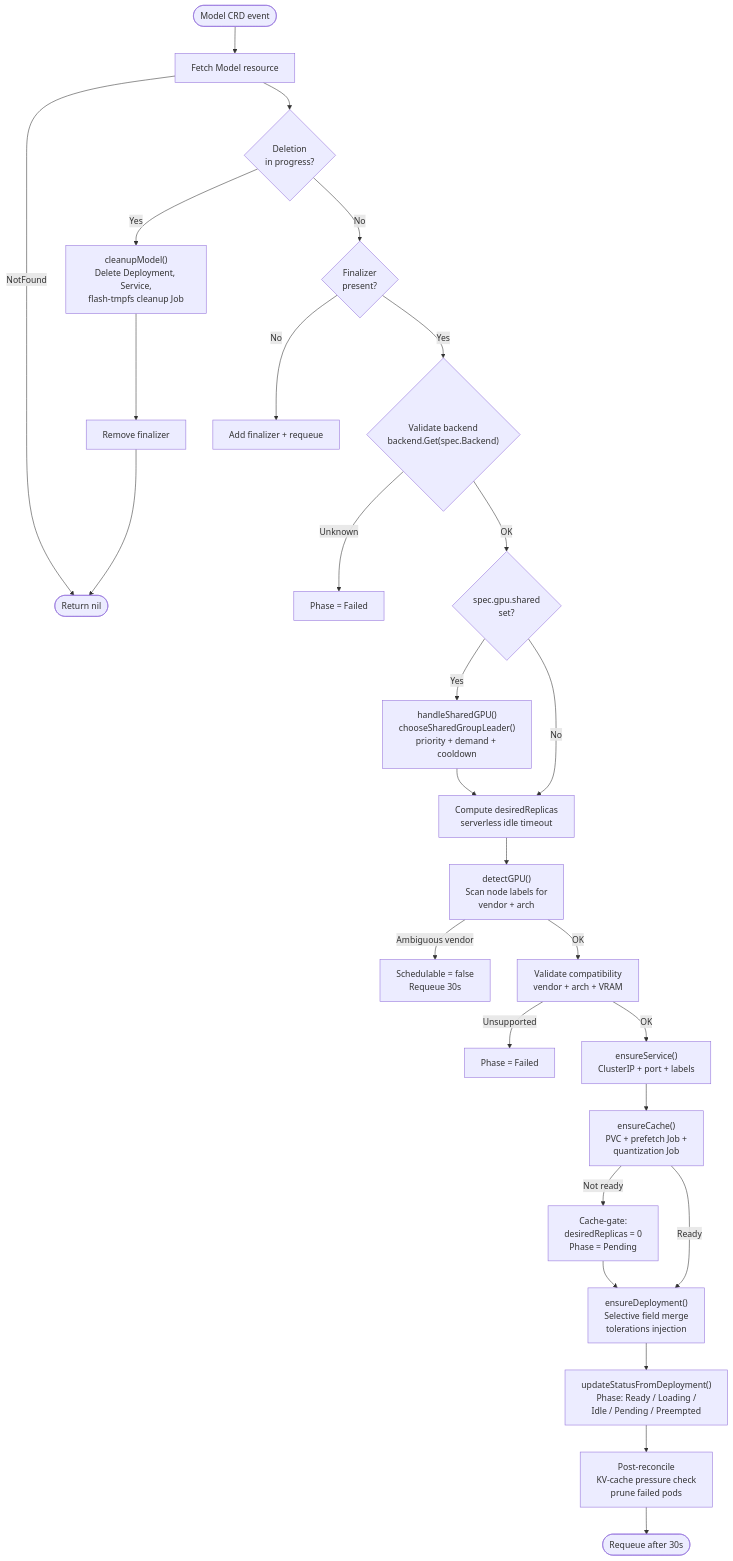
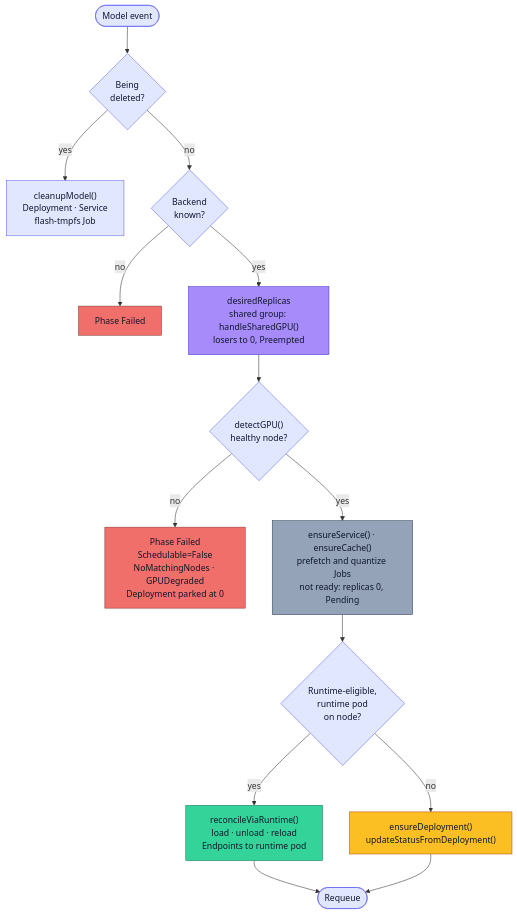
Before and after one commit to flexinfer/flexinfer: the second of 7 diagrams in docs/dev/architecture.md, drawn with Mermaid. The commit also changed other lines of this file and 7 other files, not shown here.

````diff
--- a/docs/dev/architecture.md
+++ b/docs/dev/architecture.md
@@ -111,36 +143,23 @@
 ```mermaid
 flowchart TD
-    Start([Model CRD event]) --> Fetch[Fetch Model resource]
-    Fetch -->|NotFound| Done([Return nil])
-    Fetch --> Finalizer{Deletion<br/>in progress?}
+    start(["Model event"]):::step --> del{"Being<br/>deleted?"}:::step
+    del -->|yes| cleanup["cleanupModel()<br/>Deployment · Service<br/>flash-tmpfs Job"]:::step
+    del -->|no| known{"Backend<br/>known?"}:::step
+    known -->|no| failed1["Phase Failed"]:::fail
+    known -->|yes| elect["desiredReplicas<br/>shared group: handleSharedGPU()<br/>losers to 0, Preempted"]:::control
+    elect --> detect{"detectGPU()<br/>healthy node?"}:::step
+    detect -->|no| parked["Phase Failed<br/>Schedulable=False<br/>NoMatchingNodes · GPUDegraded<br/>Deployment parked at 0"]:::fail
+    detect -->|yes| cache["ensureService() · ensureCache()<br/>prefetch and quantize Jobs<br/>not ready: replicas 0, Pending"]:::store
+    cache --> path{"Runtime-eligible,<br/>runtime pod<br/>on node?"}:::step
+    path -->|yes| viaRuntime["reconcileViaRuntime()<br/>load · unload · reload<br/>Endpoints to runtime pod"]:::runtime
+    path -->|no| deploy["ensureDeployment()<br/>updateStatusFromDeployment()"]:::dedicated
+    viaRuntime --> requeue(["Requeue"]):::step
+    deploy --> requeue
 
-    Finalizer -->|Yes| Cleanup["cleanupModel()<br/>Delete Deployment, Service,<br/>flash-tmpfs cleanup Job"]
-    Cleanup --> RemoveFin[Remove finalizer] --> Done
-
-    Finalizer -->|No| EnsureFin{Finalizer<br/>present?}
-    EnsureFin -->|No| AddFin[Add finalizer + requeue]
-    EnsureFin -->|Yes| ValidateBackend{"Validate backend<br/>backend.Get(spec.Backend)"}
-
-    ValidateBackend -->|Unknown| Failed1[Phase = Failed]
-    ValidateBackend -->|OK| SharedGPU{spec.gpu.shared<br/>set?}
-
-    SharedGPU -->|Yes| HandleShared["handleSharedGPU()<br/>chooseSharedGroupLeader()<br/>priority + demand + cooldown"]
-    HandleShared --> Replicas
-    SharedGPU -->|No| Replicas[Compute desiredReplicas<br/>serverless idle timeout]
-
-    Replicas --> DetectGPU["detectGPU()<br/>Scan node labels for<br/>vendor + arch"]
-    DetectGPU -->|Ambiguous vendor| Failed2["Schedulable = false<br/>Requeue 30s"]
-    DetectGPU -->|OK| Compat["Validate compatibility<br/>vendor + arch + VRAM"]
-
-    Compat -->|Unsupported| Failed3[Phase = Failed]
-    Compat -->|OK| EnsureSvc["ensureService()<br/>ClusterIP + port + labels"]
-
-    EnsureSvc --> EnsureCache["ensureCache()<br/>PVC + prefetch Job +<br/>quantization Job"]
-    EnsureCache -->|Not ready| Gate["Cache-gate:<br/>desiredReplicas = 0<br/>Phase = Pending"]
-    EnsureCache -->|Ready| Deploy
-
-    Gate --> Deploy["ensureDeployment()<br/>Selective field merge<br/>tolerations injection"]
-    Deploy --> Status["updateStatusFromDeployment()<br/>Phase: Ready / Loading /<br/>Idle / Pending / Preempted"]
-    Status --> PostOps["Post-reconcile<br/>KV-cache pressure check<br/>prune failed pods"]
-    PostOps --> Requeue([Requeue after 30s])
+    classDef step fill:#E0E7FF,stroke:#6366F1,color:#0F172A
+    classDef control fill:#A78BFA,stroke:#4338CA,color:#0F172A
+    classDef runtime fill:#34D399,stroke:#047857,color:#0F172A
+    classDef dedicated fill:#FBBF24,stroke:#B45309,color:#0F172A
+    classDef store fill:#94A3B8,stroke:#334155,color:#0F172A
+    classDef fail fill:#F06F6B,stroke:#8B3A3A,color:#0F172A
 ```
````
